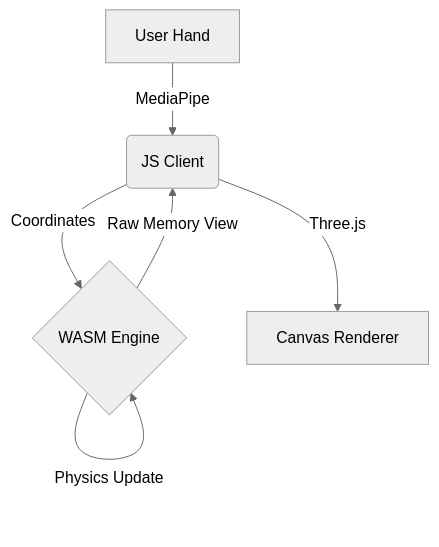
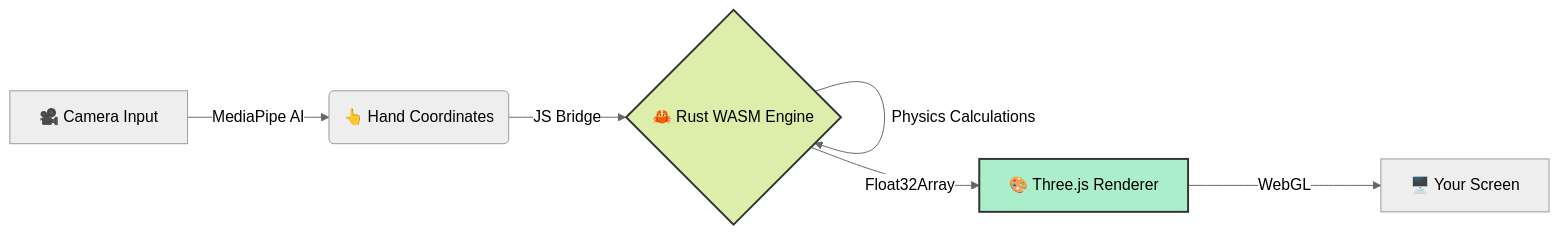
One commit to Jhonbeg/Particle-Gravity-Fun changed the diagram in README.md. Above: the diagram before and after it, drawn with Mermaid (neutral theme). The commit also changed other lines of this file, not shown here.

````diff
--- a/README.md
+++ b/README.md
@@ -54,8 +63,10 @@
 ```mermaid
-graph TD
-    A[User Hand] -->|MediaPipe| B(JS Client);
-    B -->|Coordinates| C{WASM Engine};
-    C -->|Physics Update| C;
-    C -->|Raw Memory View| B;
-    B -->|Three.js| D[Canvas Renderer];
+graph LR
+    A[🎥 Camera Input] -->|MediaPipe AI| B(👆 Hand Coordinates);
+    B -->|JS Bridge| C{🦀 Rust WASM Engine};
+    C -->|Physics Calculations| C;
+    C -->|Float32Array| D[🎨 Three.js Renderer];
+    D -->|WebGL| E[🖥️ Your Screen];
+    style C fill:#dea,stroke:#333,stroke-width:2px
+    style D fill:#aec,stroke:#333,stroke-width:2px
 ```
````
